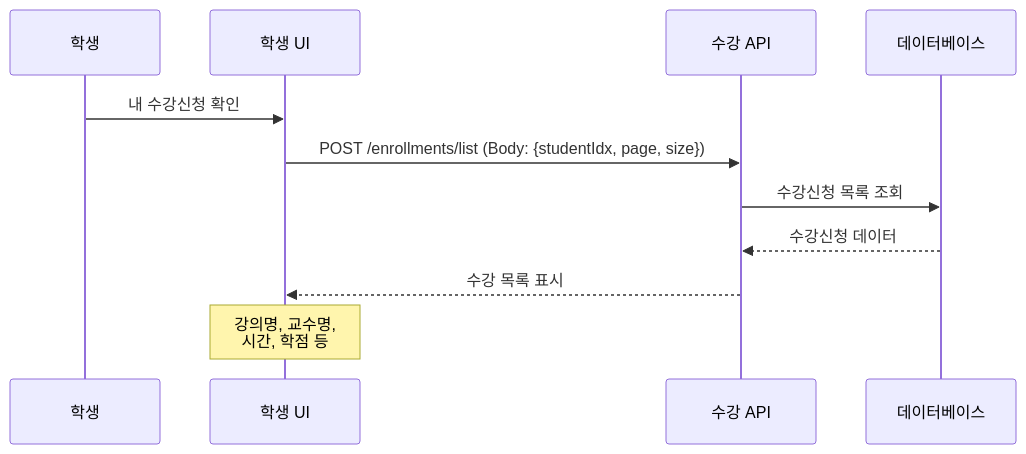
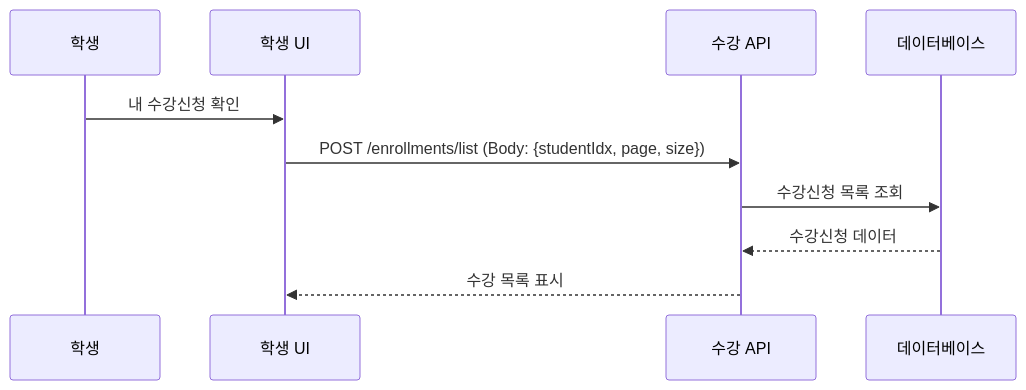
The third of 10 diagrams in backend/BlueCrab/docs/강의관련기능/06-학생플로우.md (hooting76/blue-crab-lms), drawn with Mermaid before and after one commit. The commit also changed other lines of this file and 19 other files, not shown here.

````diff
--- a/backend/BlueCrab/docs/강의관련기능/06-학생플로우.md
+++ b/backend/BlueCrab/docs/강의관련기능/06-학생플로우.md
@@ -71,14 +54,13 @@
 ```mermaid
 sequenceDiagram
     participant Student as 학생
     participant UI as 학생 UI
     participant API as 수강 API
     participant DB as 데이터베이스
 
     Student->>UI: 내 수강신청 확인
     UI->>API: POST /enrollments/list (Body: {studentIdx, page, size})
     API->>DB: 수강신청 목록 조회
     DB-->>API: 수강신청 데이터
     API-->>UI: 수강 목록 표시
-    Note over UI: 강의명, 교수명,<br/>시간, 학점 등
 ```
````
